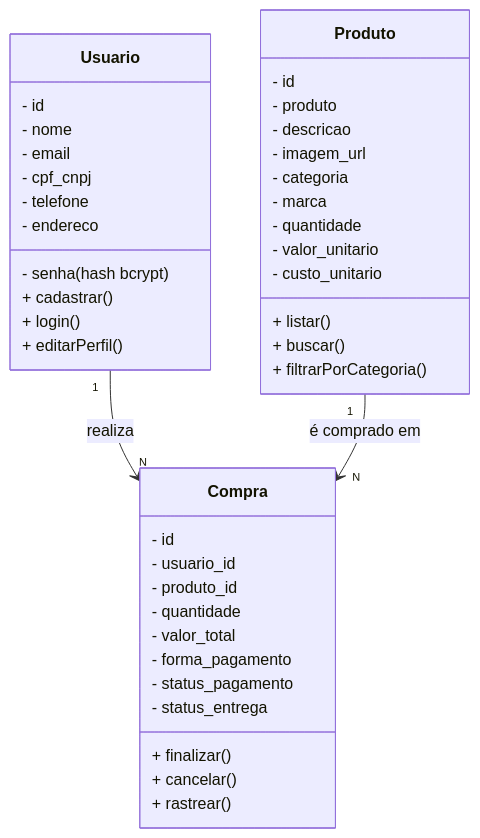
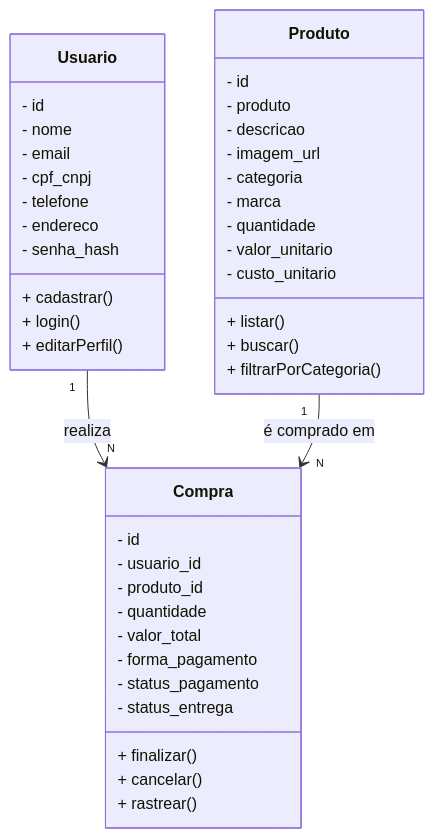
The second of 7 diagrams in readme.md (Muzgeist/nexus_site), drawn with Mermaid before and after one commit. The commit also changed other lines of this file and 1 other file, not shown here.

````diff
--- a/readme.md
+++ b/readme.md
@@ -32,47 +32,47 @@
 ```mermaid
 classDiagram
     class Usuario{
         - id
         - nome
         - email
         - cpf_cnpj
         - telefone
         - endereco
-        - senha (hash bcrypt)
+        - senha_hash
         + cadastrar()
         + login()
         + editarPerfil()
     }
 
     class Produto{
         - id
         - produto
         - descricao
         - imagem_url
         - categoria
         - marca
         - quantidade
         - valor_unitario
         - custo_unitario
         + listar()
         + buscar()
         + filtrarPorCategoria()
     }
 
     class Compra{
         - id
         - usuario_id
         - produto_id
         - quantidade
         - valor_total
         - forma_pagamento
         - status_pagamento
         - status_entrega
         + finalizar()
         + cancelar()
         + rastrear()
     }
 
     Usuario "1" --> "N" Compra : realiza
     Produto "1" --> "N" Compra : é comprado em
 ```
````
